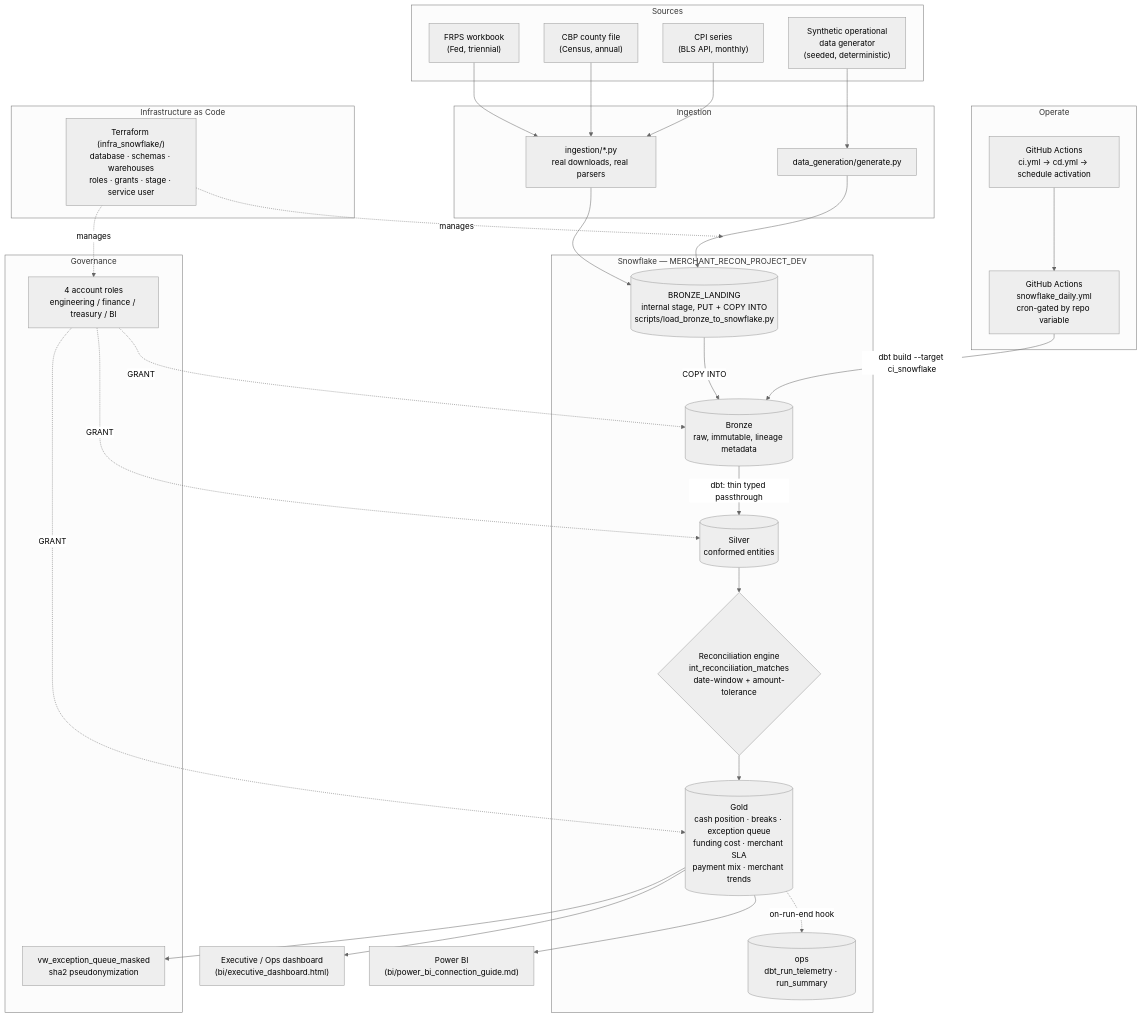
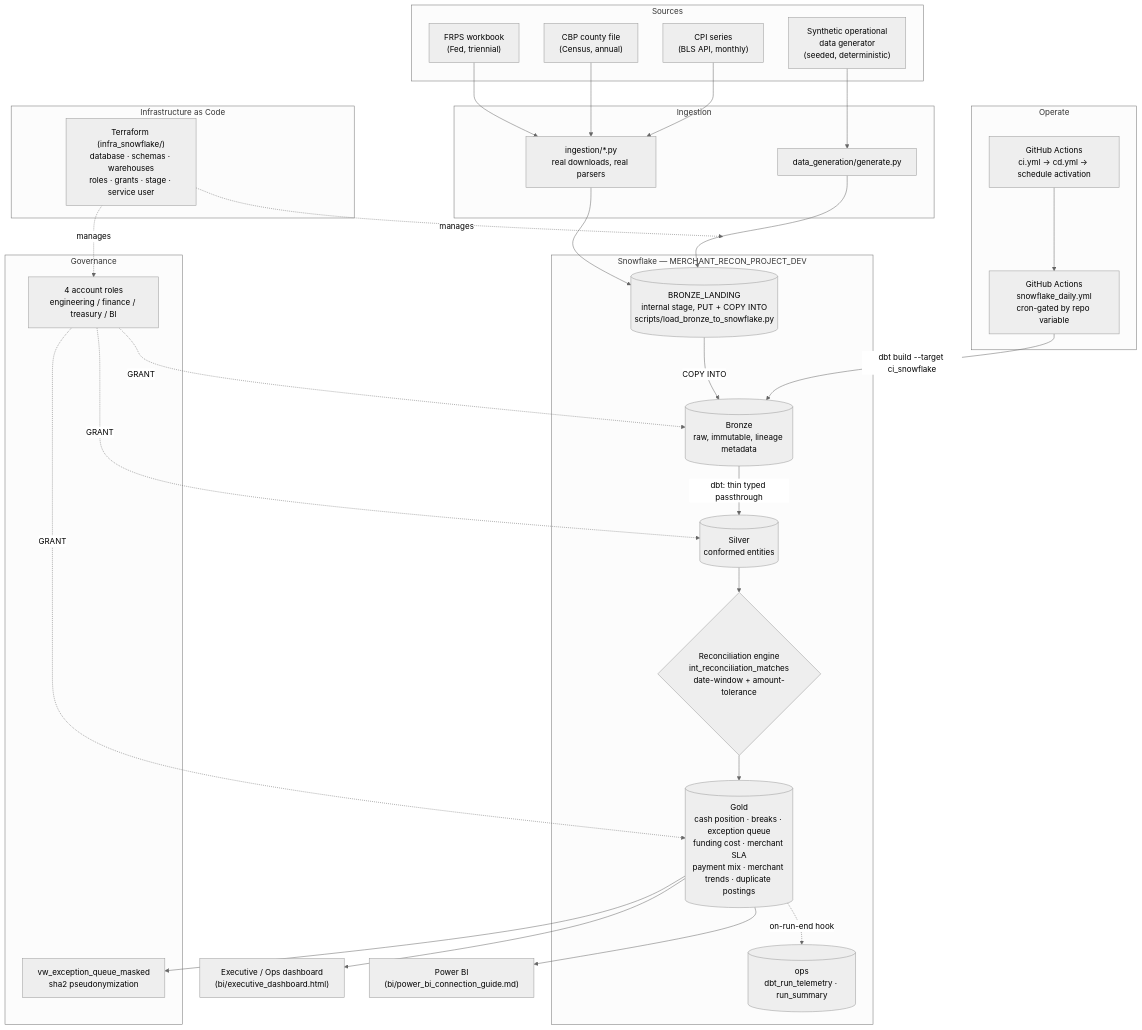
Before and after one commit to Mitchell-MC/merchant-settlement-reconciliation: the diagram in docs/architecture.md, drawn with Mermaid (neutral theme). The commit also changed 6 other files, not shown here.

````diff
--- a/docs/architecture.md
+++ b/docs/architecture.md
@@ -5,62 +5,62 @@
 ```mermaid
 flowchart TB
     subgraph Sources["Sources"]
         FRPS["FRPS workbook<br/>(Fed, triennial)"]
         CBP["CBP county file<br/>(Census, annual)"]
         CPI["CPI series<br/>(BLS API, monthly)"]
         GEN["Synthetic operational<br/>data generator<br/>(seeded, deterministic)"]
     end
 
     subgraph Ingest["Ingestion"]
         ING["ingestion/*.py<br/>real downloads, real parsers"]
         GENPY["data_generation/generate.py"]
     end
 
     FRPS --> ING
     CBP --> ING
     CPI --> ING
     GEN --> GENPY
 
     ING --> SFSTAGE
     GENPY --> SFSTAGE
 
     subgraph SFLakehouse["Snowflake — MERCHANT_RECON_PROJECT_DEV"]
         SFSTAGE[("BRONZE_LANDING<br/>internal stage, PUT + COPY INTO<br/>scripts/load_bronze_to_snowflake.py")]
         SFBRONZE[("Bronze<br/>raw, immutable, lineage metadata")]
         SFSILVER[("Silver<br/>conformed entities")]
         SFENGINE{"Reconciliation engine<br/>int_reconciliation_matches<br/>date-window + amount-tolerance"}
-        SFGOLD[("Gold<br/>cash position · breaks · exception queue<br/>funding cost · merchant SLA<br/>payment mix · merchant trends")]
+        SFGOLD[("Gold<br/>cash position · breaks · exception queue<br/>funding cost · merchant SLA<br/>payment mix · merchant trends · duplicate postings")]
         SFOPS[("ops<br/>dbt_run_telemetry · run_summary")]
     end
 
     SFSTAGE -->|COPY INTO| SFBRONZE
     SFBRONZE -->|dbt: thin typed passthrough| SFSILVER
     SFSILVER --> SFENGINE
     SFENGINE --> SFGOLD
     SFGOLD -.->|on-run-end hook| SFOPS
 
     SFGOLD --> DASH["Executive / Ops dashboard<br/>(bi/executive_dashboard.html)"]
     SFGOLD --> PBI["Power BI<br/>(bi/power_bi_connection_guide.md)"]
 
     subgraph Governance["Governance"]
         RBAC["4 account roles<br/>engineering / finance / treasury / BI"]
         MASK["vw_exception_queue_masked<br/>sha2 pseudonymization"]
     end
     RBAC -.->|GRANT| SFBRONZE
     RBAC -.->|GRANT| SFSILVER
     RBAC -.->|GRANT| SFGOLD
     SFGOLD --> MASK
 
     subgraph Ops["Operate"]
         CICD["GitHub Actions<br/>ci.yml -> cd.yml -> schedule activation"]
         SFCRON["GitHub Actions<br/>snowflake_daily.yml<br/>cron-gated by repo variable"]
     end
     CICD --> SFCRON
     SFCRON -->|dbt build --target ci_snowflake| SFBRONZE
 
     subgraph IaC["Infrastructure as Code"]
         SFTF["Terraform (infra_snowflake/)<br/>database · schemas · warehouses<br/>roles · grants · stage · service user"]
     end
     SFTF -.->|manages| SFLakehouse
     SFTF -.->|manages| RBAC
 ```
````
